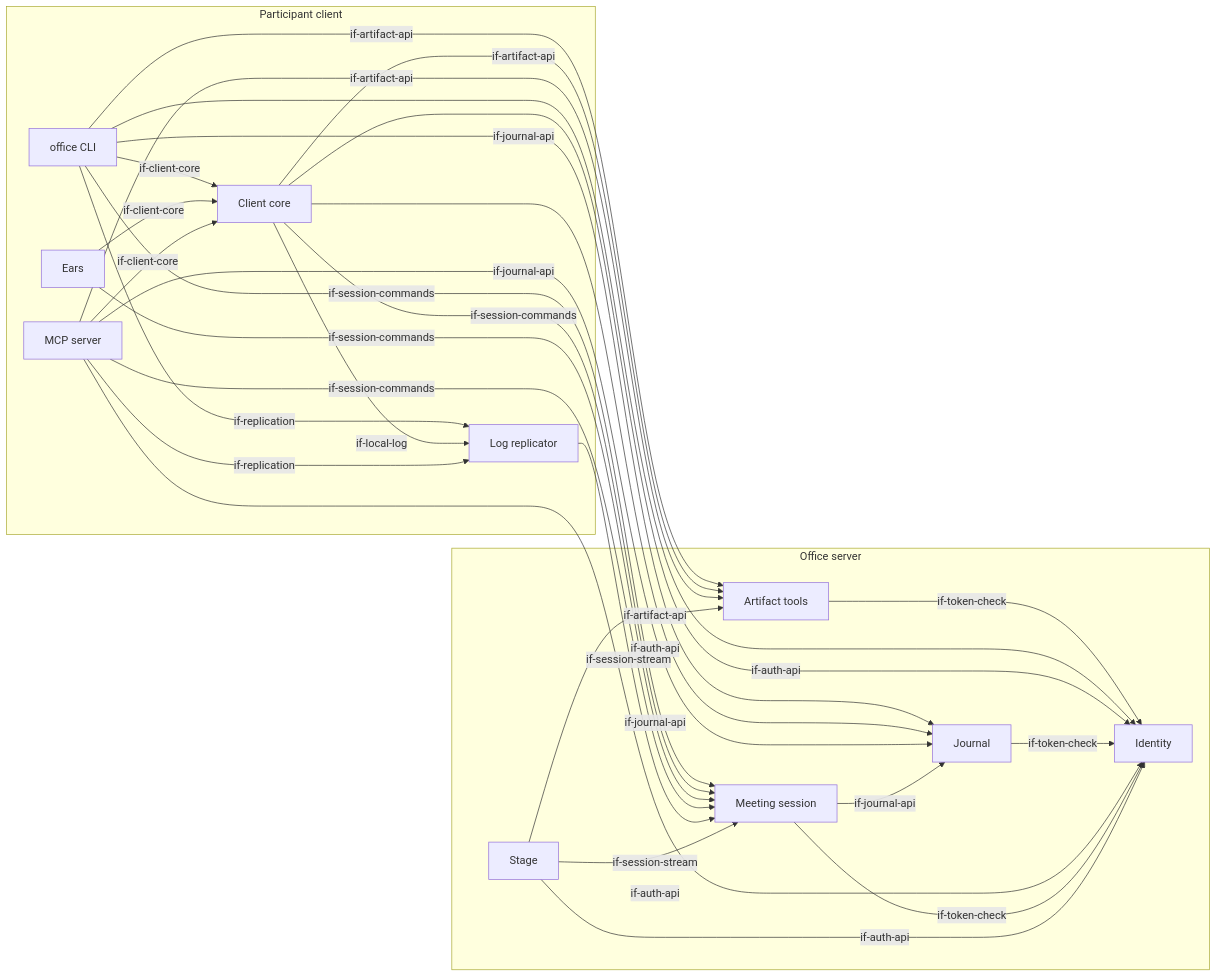
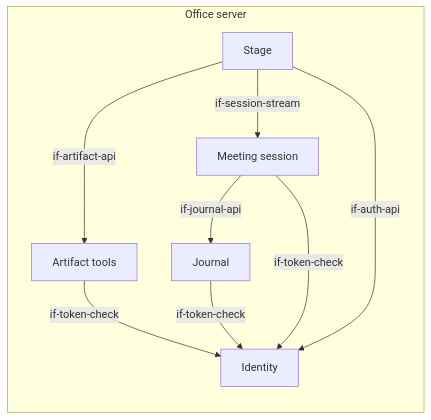
The second of 3 diagrams in docs/architecture/05-building-blocks.arc42.md (mrsimpson/agentic-office), drawn with Mermaid before and after one commit. The commit also changed other lines of this file and 12 other files, not shown here.

````diff
--- a/docs/architecture/05-building-blocks.arc42.md
+++ b/docs/architecture/05-building-blocks.arc42.md
@@ -23,44 +63,17 @@
 ```mermaid
 flowchart LR
-    subgraph bb_participant_client [Participant client]
-        bb_cli[office CLI]
-        bb_client_core[Client core]
-        bb_ears[Ears]
-        bb_mcp[MCP server]
-        bb_replicator[Log replicator]
-    end
     subgraph bb_office_server [Office server]
         bb_artifact_service[Artifact tools]
         bb_identity[Identity]
         bb_journal[Journal]
         bb_session_service[Meeting session]
         bb_stage[Stage]
     end
     bb_artifact_service -->|if-token-check| bb_identity
-    bb_cli -->|if-client-core| bb_client_core
-    bb_cli -->|if-replication| bb_replicator
-    bb_cli -->|if-session-commands| bb_session_service
-    bb_cli -->|if-artifact-api| bb_artifact_service
-    bb_cli -->|if-journal-api| bb_journal
-    bb_cli -->|if-auth-api| bb_identity
-    bb_client_core -->|if-session-commands| bb_session_service
-    bb_client_core -->|if-auth-api| bb_identity
-    bb_client_core -->|if-journal-api| bb_journal
-    bb_client_core -->|if-artifact-api| bb_artifact_service
-    bb_client_core -->|if-local-log| bb_replicator
-    bb_ears -->|if-client-core| bb_client_core
-    bb_ears -->|if-session-commands| bb_session_service
     bb_journal -->|if-token-check| bb_identity
-    bb_mcp -->|if-client-core| bb_client_core
-    bb_mcp -->|if-replication| bb_replicator
-    bb_mcp -->|if-session-commands| bb_session_service
-    bb_mcp -->|if-artifact-api| bb_artifact_service
-    bb_mcp -->|if-journal-api| bb_journal
-    bb_mcp -->|if-auth-api| bb_identity
-    bb_replicator -->|if-session-stream| bb_session_service
     bb_session_service -->|if-journal-api| bb_journal
     bb_session_service -->|if-token-check| bb_identity
     bb_stage -->|if-session-stream| bb_session_service
     bb_stage -->|if-artifact-api| bb_artifact_service
     bb_stage -->|if-auth-api| bb_identity
 ```
````
